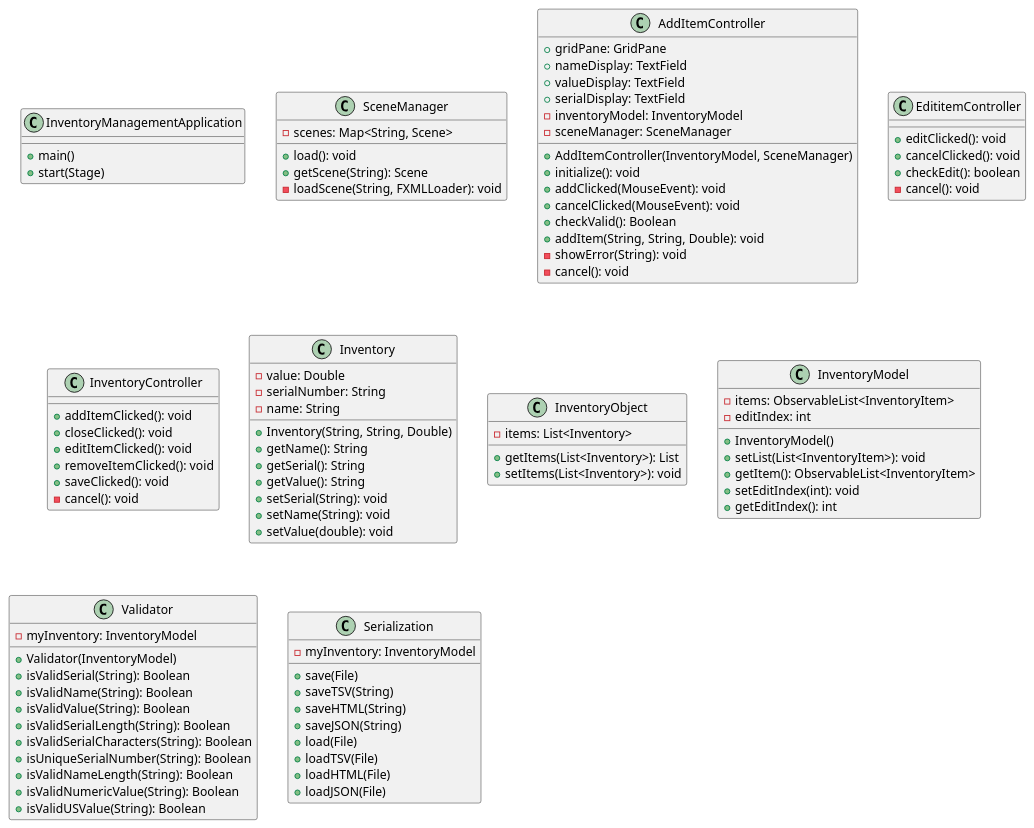
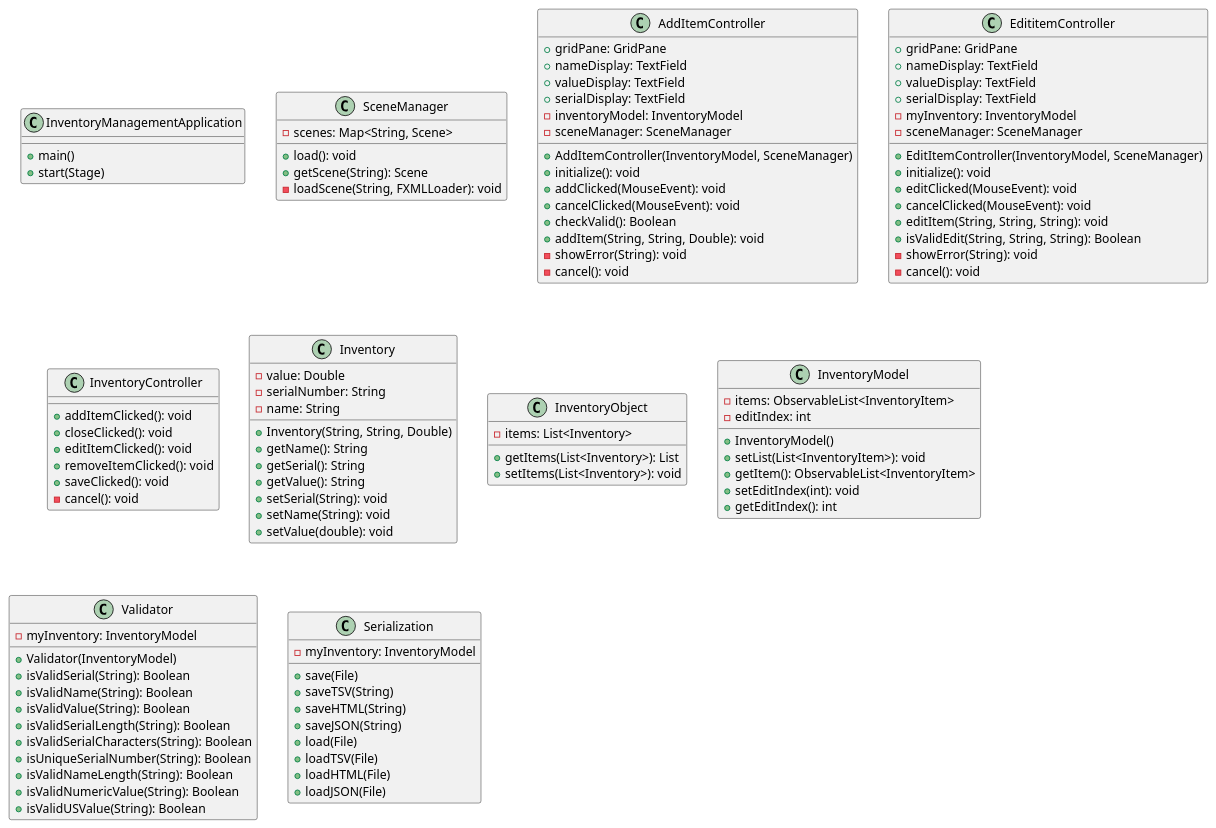
Before and after one commit to mathdude3482/Jaro-app2: the diagram in Jaro-app2/docs/diagram.puml, drawn with PlantUML. The commit also changed 2 other files, not shown here.

Commit message:
Updated SceneManager and edited EditItemController to implement logic. Updated the UML diagram as needed.

```diff
--- a/Jaro-app2/docs/diagram.puml
+++ b/Jaro-app2/docs/diagram.puml
@@ -1,94 +1,104 @@
 @startuml
 class InventoryManagementApplication{
 +main()
 +start(Stage)
 }
 class SceneManager {
     - scenes: Map<String, Scene>
     + load(): void
     + getScene(String): Scene
     - loadScene(String, FXMLLoader): void
 }
 class AddItemController{
     + gridPane: GridPane
     + nameDisplay: TextField
     + valueDisplay: TextField
     + serialDisplay: TextField
     - inventoryModel: InventoryModel
     - sceneManager: SceneManager
     + AddItemController(InventoryModel, SceneManager)
     + initialize(): void
     + addClicked(MouseEvent): void
     + cancelClicked(MouseEvent): void
     + checkValid(): Boolean
     + addItem(String, String, Double): void
     - showError(String): void
     - cancel(): void
 }
 class EdititemController{
-+ editClicked(): void
-+ cancelClicked(): void
-+ checkEdit(): boolean
-- cancel(): void
+    + gridPane: GridPane
+    + nameDisplay: TextField
+    + valueDisplay: TextField
+    + serialDisplay: TextField
+    - myInventory: InventoryModel
+    - sceneManager: SceneManager
+    + EditItemController(InventoryModel, SceneManager)
+    + initialize(): void
+    + editClicked(MouseEvent): void
+    + cancelClicked(MouseEvent): void
+    + editItem(String, String, String): void
+    + isValidEdit(String, String, String): Boolean
+    - showError(String): void
+    - cancel(): void
 }
 
 class InventoryController{
 + addItemClicked(): void
 + closeClicked(): void
 + editItemClicked(): void
 + removeItemClicked(): void
 + saveClicked(): void
 - cancel(): void
 }
 class Inventory{
  - value: Double
  - serialNumber: String
  - name: String
  + Inventory(String, String, Double)
 + getName(): String
 + getSerial(): String
 + getValue(): String
 + setSerial(String): void
 + setName(String): void
 + setValue(double): void
 }
 class InventoryObject{
 - items: List<Inventory>
 + getItems(List<Inventory>): List
 + setItems(List<Inventory>): void
 }
 class InventoryModel{
     - items: ObservableList<InventoryItem>
     - editIndex: int
     + InventoryModel()
     + setList(List<InventoryItem>): void
     + getItem(): ObservableList<InventoryItem>
     + setEditIndex(int): void
     + getEditIndex(): int
 }
 class Validator{
     - myInventory: InventoryModel
     + Validator(InventoryModel)
     + isValidSerial(String): Boolean
     + isValidName(String): Boolean
     + isValidValue(String): Boolean
     + isValidSerialLength(String): Boolean
     + isValidSerialCharacters(String): Boolean
     + isUniqueSerialNumber(String): Boolean
     + isValidNameLength(String): Boolean
     + isValidNumericValue(String): Boolean
     + isValidUSValue(String): Boolean
 }
 class Serialization {
     - myInventory: InventoryModel
     + save(File)
     + saveTSV(String)
     + saveHTML(String)
     + saveJSON(String)
     + load(File)
     + loadTSV(File)
     + loadHTML(File)
     + loadJSON(File)
 }
 
 @enduml
```
